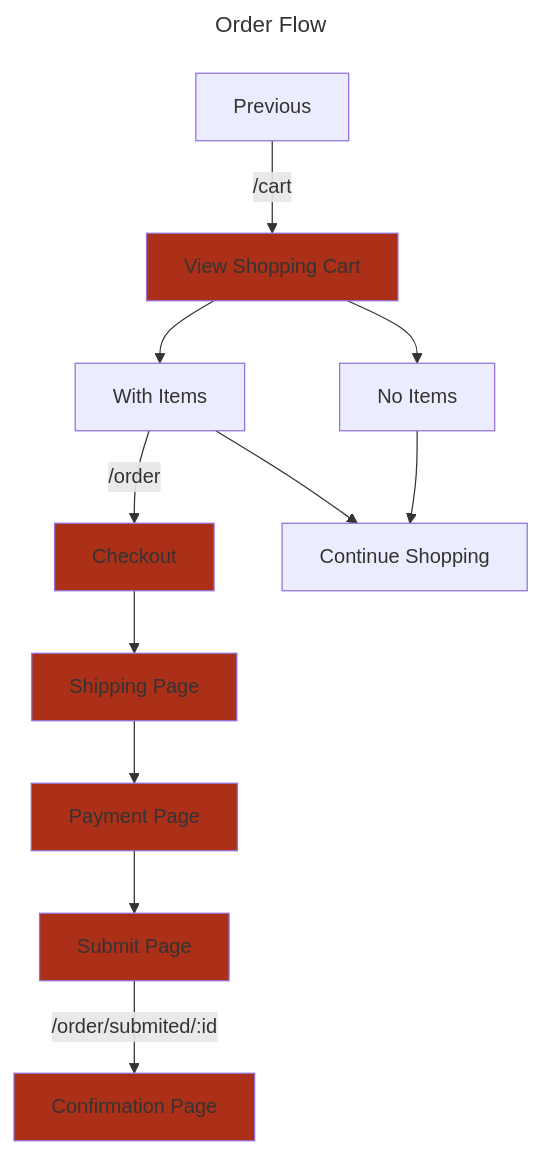
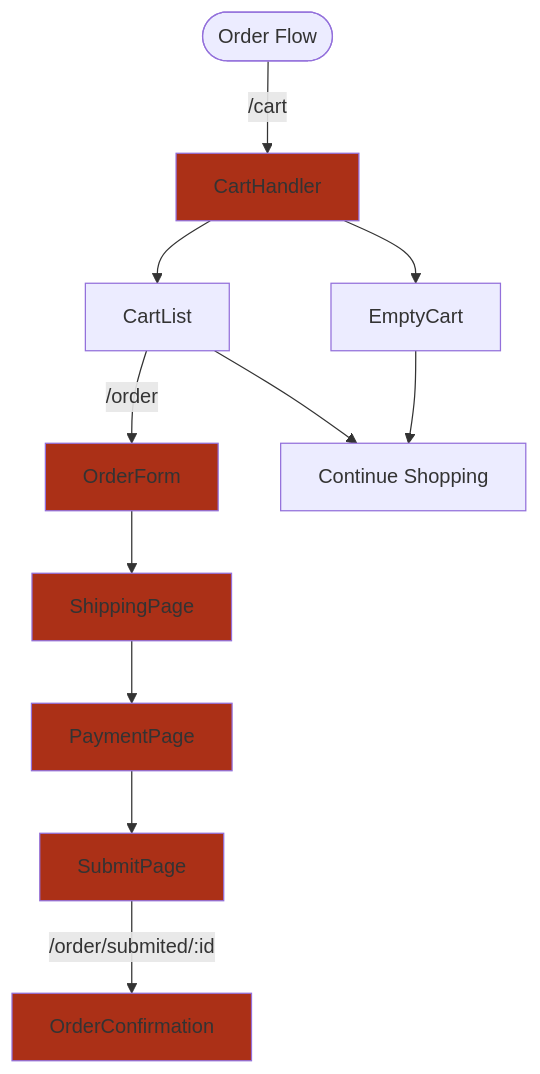
One commit to dictyBase/frontendx changed the diagram in apps/stock-center/diagrams/OrderFlow.md. Above: the diagram before and after it, drawn with Mermaid.

Commit message:
chore(OrderFlow.md): refactor OrderFlow diagram for clarity and consistency
The OrderFlow diagram has been refactored to improve clarity and consistency. The changes include renaming some of the nodes to match the name of the components. This makes it easier to understand the flow of the order process.

````diff
--- a/apps/stock-center/diagrams/OrderFlow.md
+++ b/apps/stock-center/diagrams/OrderFlow.md
@@ -1,34 +1,29 @@
 ```mermaid
----
-title: Order Flow
----
 
 flowchart TD
 
-A["`View Shopping Cart
-`"]
-A1[With Items]
-A2[No Items]
-B["`Checkout
-`"]
+X([Order Flow])
+A[CartHandler]
+A1[CartList]
+A2[EmptyCart]
+B[OrderForm]
 B1[Continue Shopping]
-C[Shipping Page]
-D[Payment Page]
-E[Submit Page]
-F[Confirmation Page]
-X[Previous]
+C[ShippingPage]
+D[PaymentPage]
+E[SubmitPage]
+F[OrderConfirmation]
 
 X -->|/cart| A
 A --> A1
 A --> A2
 A1 -->|/order| B
 A1 --> B1
 A2 --> B1
 B -->  C
 C --> D
 D --> E
 E --> |/order/submited/:id|F
 
 classDef page fill:#ab3017
 class A,B,C,D,E,F page
 ```
````
